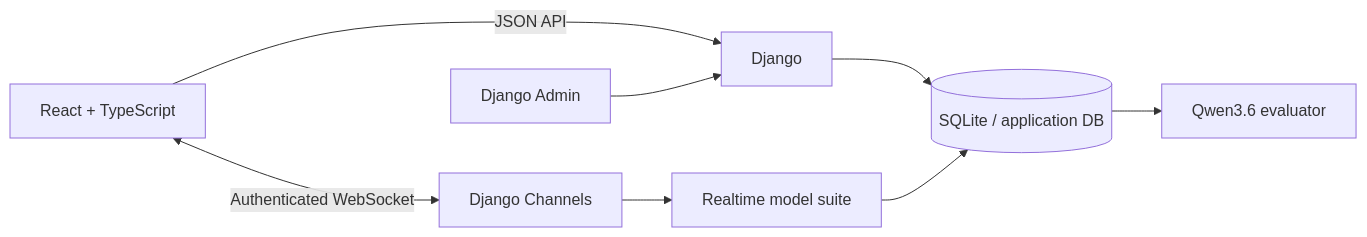
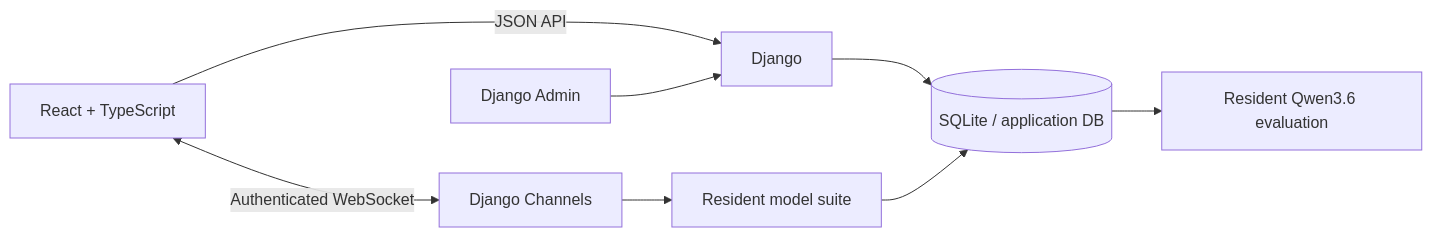
One commit to jaredturck/AI-interview changed the first of 5 diagrams in docs/ARCHITECTURE.md. Above: the diagram before and after it, drawn with Mermaid. The commit also changed other lines of this file and 19 other files, not shown here.

````diff
--- a/docs/ARCHITECTURE.md
+++ b/docs/ARCHITECTURE.md
@@ -5,10 +5,10 @@
 ```mermaid
 flowchart LR
     Browser[React + TypeScript] -->|JSON API| API[Django]
     Browser <-->|Authenticated WebSocket| WS[Django Channels]
     API --> DB[(SQLite / application DB)]
-    WS --> Live[Realtime model suite]
-    Live --> DB
-    DB --> Eval[Qwen3.6 evaluator]
+    WS --> Runtime[Resident model suite]
+    Runtime --> DB
+    DB --> Eval[Resident Qwen3.6 evaluation]
     Admin[Django Admin] --> API
 ```
````
